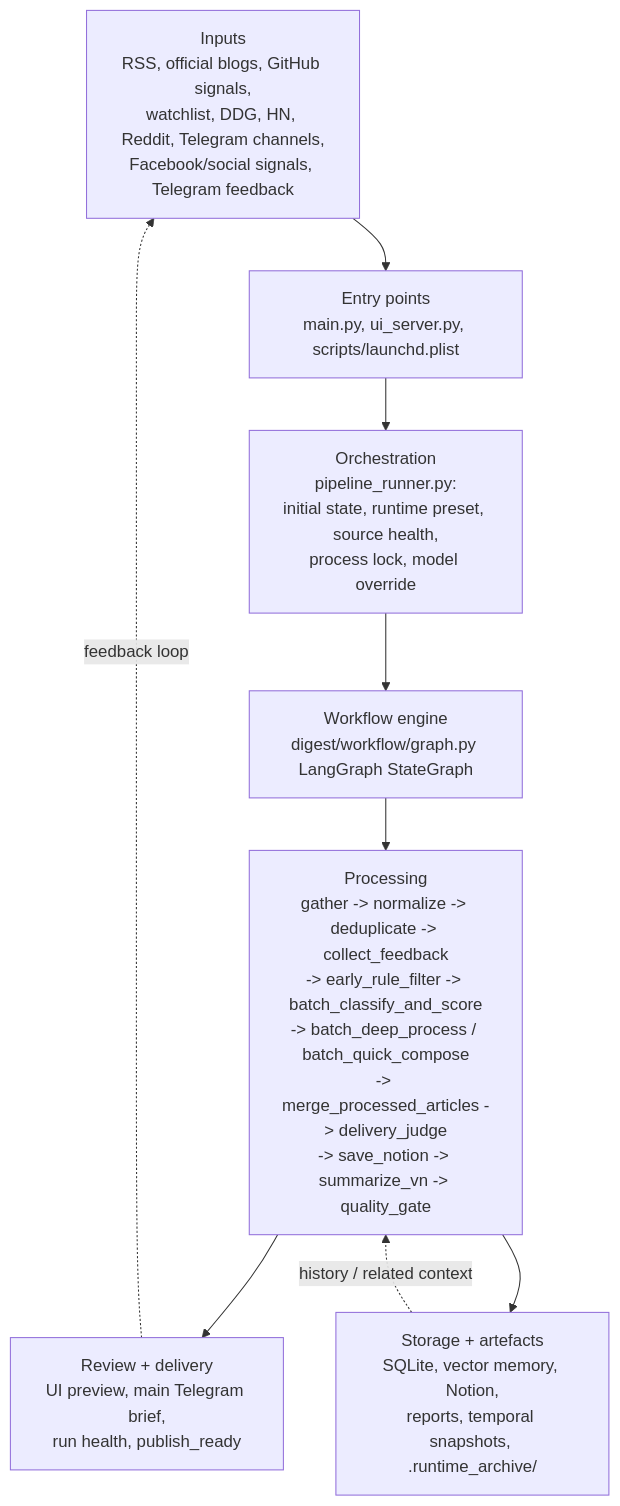
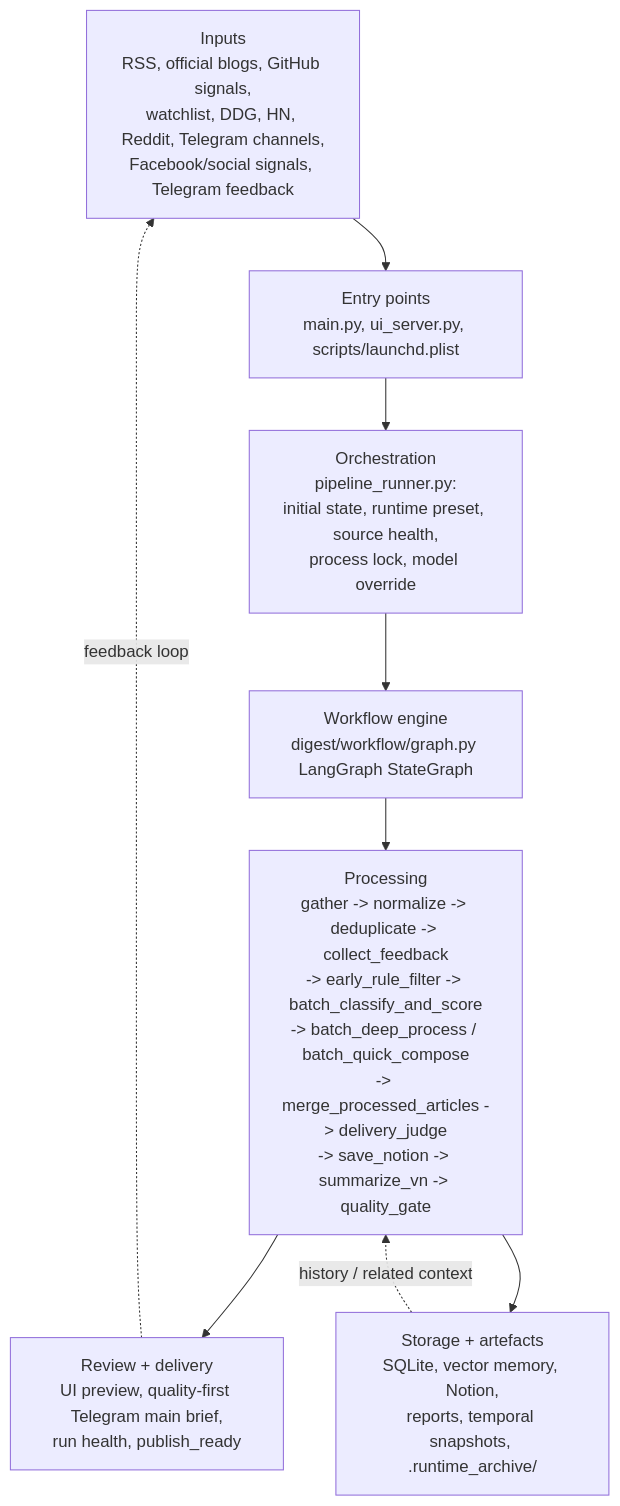
Before and after one commit to nguyencongtuyenlp/AI-Digest-v2: the first of 3 diagrams in docs/architecture_diagrams.md, drawn with Mermaid. The commit also changed other lines of this file and 19 other files, not shown here.

````diff
--- a/docs/architecture_diagrams.md
+++ b/docs/architecture_diagrams.md
@@ -8,16 +8,16 @@
 ```mermaid
 flowchart TB
   I["Inputs<br/>RSS, official blogs, GitHub signals,<br/>watchlist, DDG, HN, Reddit, Telegram channels,<br/>Facebook/social signals, Telegram feedback"]
   E["Entry points<br/>main.py, ui_server.py, scripts/launchd.plist"]
   O["Orchestration<br/>pipeline_runner.py:<br/>initial state, runtime preset, source health,<br/>process lock, model override"]
   G["Workflow engine<br/>digest/workflow/graph.py LangGraph StateGraph"]
   P["Processing<br/>gather -> normalize -> deduplicate -> collect_feedback<br/>-> early_rule_filter -> batch_classify_and_score<br/>-> batch_deep_process / batch_quick_compose<br/>-> merge_processed_articles -> delivery_judge<br/>-> save_notion -> summarize_vn -> quality_gate"]
-  D["Review + delivery<br/>UI preview, main Telegram brief,<br/>run health, publish_ready"]
+  D["Review + delivery<br/>UI preview, quality-first Telegram main brief,<br/>run health, publish_ready"]
   S["Storage + artefacts<br/>SQLite, vector memory, Notion,<br/>reports, temporal snapshots, .runtime_archive/"]
 
   I --> E --> O --> G --> P
   P --> D
   P --> S
   S -. history / related context .-> P
   D -. feedback loop .-> I
 ```
````
